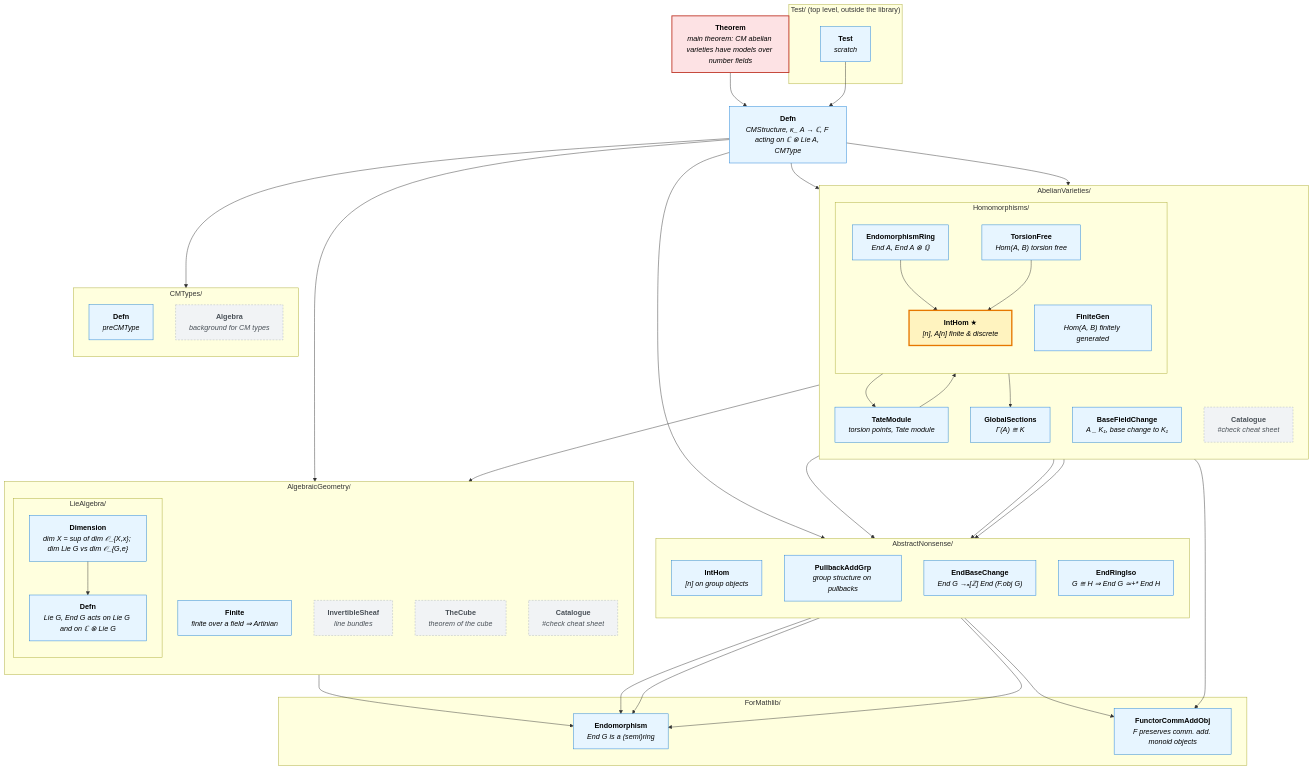
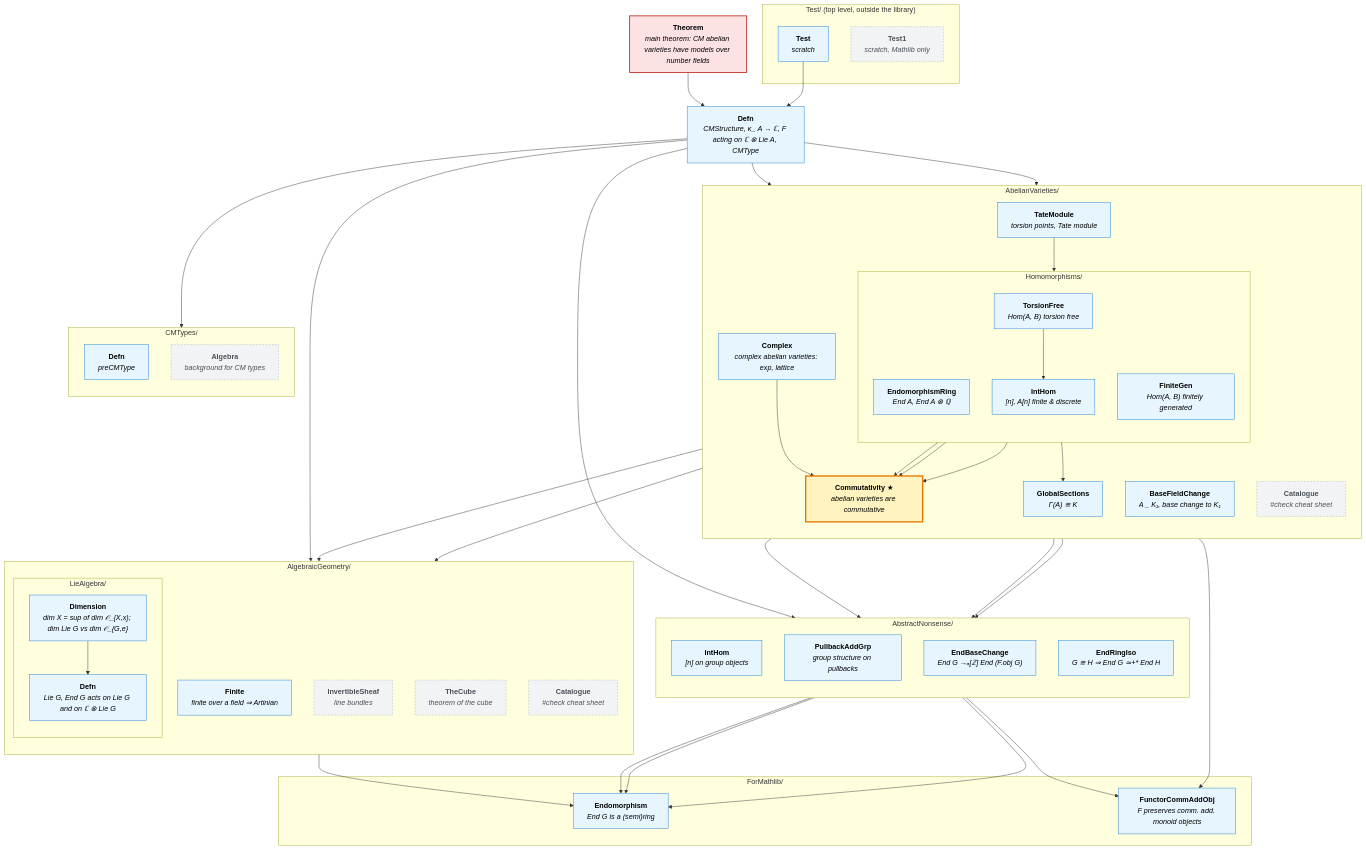
One commit to abhijitaj1997/CMAbelianVarieties changed the diagram in MindMap.md. Above: the diagram before and after it, drawn with Mermaid. The commit also changed other lines of this file and 21 other files, not shown here.

````diff
--- a/MindMap.md
+++ b/MindMap.md
@@ -19,12 +19,14 @@
     TateModule["<b>TateModule</b><br/><i>torsion points, Tate module</i>"]
     BaseFieldChange["<b>BaseFieldChange</b><br/><i>A _ K₁, base change to K₁</i>"]
     AVCatalogue["<b>Catalogue</b><br/><i>#check cheat sheet</i>"]
+    Commutativity["<b>Commutativity</b> ★<br/><i>abelian varieties are commutative</i>"]
+    Complex["<b>Complex</b><br/><i>complex abelian varieties: exp, lattice</i>"]
     subgraph HOM["Homomorphisms/"]
       direction TB
       EndomorphismRing["<b>EndomorphismRing</b><br/><i>End A, End A ⊗ ℚ</i>"]
       FiniteGen["<b>FiniteGen</b><br/><i>Hom(A, B) finitely generated</i>"]
       TorsionFree["<b>TorsionFree</b><br/><i>Hom(A, B) torsion free</i>"]
-      IntHomAV["<b>IntHom</b> ★<br/><i>[n], A[n] finite & discrete</i>"]
+      IntHomAV["<b>IntHom</b><br/><i>[n], A[n] finite & discrete</i>"]
     end
   end
 
@@ -66,6 +68,7 @@
   %% ---------- Test ----------
   subgraph T["Test/ (top level, outside the library)"]
     Test["<b>Test</b><br/><i>scratch</i>"]
+    Test1["<b>Test1</b><br/><i>scratch, Mathlib only</i>"]
   end
 
   %% ---------- imports ----------
@@ -78,16 +81,19 @@
   BaseFieldChange --> FunctorCommAddObj
   EndBaseChange --> Endomorphism
   EndBaseChange --> FunctorCommAddObj
-  EndomorphismRing --> IntHomAV
+  EndomorphismRing --> Commutativity
   EndomorphismRing --> EndRingIso
   EndRingIso --> Endomorphism
-  FiniteGen --> TateModule
+  FiniteGen --> Commutativity
+  Complex --> LieAlgebra
+  Complex --> Commutativity
   TateModule --> IntHomAV
   TorsionFree --> GlobalSections
   TorsionFree --> IntHomAV
   IntHomAV --> IntHomAN
   IntHomAV --> PullbackAddGrp
   IntHomAV --> Finite
+  IntHomAV --> Commutativity
   IntHomAN --> Endomorphism
   LieAlgebra --> Endomorphism
   Dimension --> LieAlgebra
@@ -100,7 +106,7 @@
   classDef unused fill:#f1f3f5,stroke:#adb5bd,stroke-dasharray:4 3,color:#495057
 
   class Theorem goal
-  class IntHomAV hub
-  class EndomorphismRing,FiniteGen,TorsionFree,TateModule,GlobalSections,IntHomAN,PullbackAddGrp,Finite,Endomorphism,LieAlgebra,CMDefn,Test,BaseFieldChange,EndBaseChange,FunctorCommAddObj,Defn,EndRingIso,Dimension connected
-  class AVCatalogue,InvertibleSheaf,TheCube,AGCatalogue,CMAlgebra unused
+  class Commutativity hub
+  class EndomorphismRing,FiniteGen,IntHomAV,Complex,TorsionFree,TateModule,GlobalSections,IntHomAN,PullbackAddGrp,Finite,Endomorphism,LieAlgebra,CMDefn,Test,BaseFieldChange,EndBaseChange,FunctorCommAddObj,Defn,EndRingIso,Dimension connected
+  class AVCatalogue,InvertibleSheaf,TheCube,AGCatalogue,CMAlgebra,Test1 unused
 ```
````
